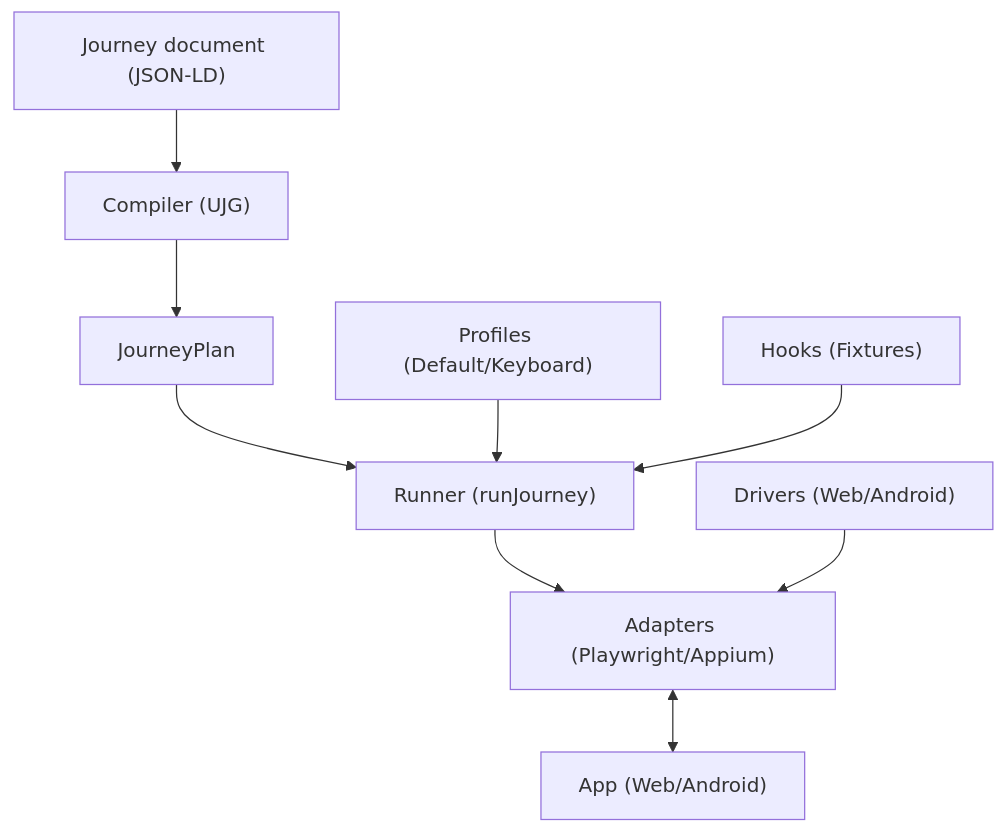
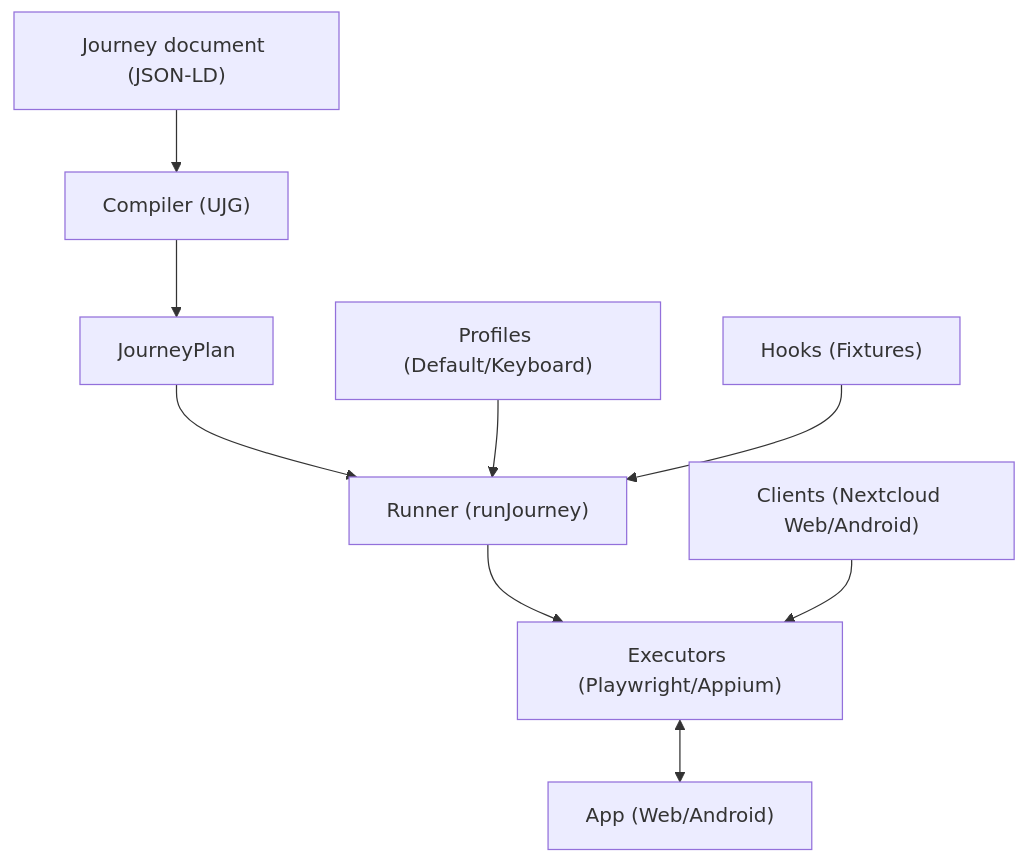
The third of 6 diagrams in README.md (openuji/journey-mesh), drawn with Mermaid before and after one commit. The commit also changed other lines of this file and 20 other files, not shown here.

Commit message:
refactor: architecture lint rules, docs, second-vendor proof

````diff
--- a/README.md
+++ b/README.md
@@ -70,10 +73,10 @@
 ```mermaid
 flowchart TB
   A["Journey document (JSON-LD)"] --> B["Compiler (UJG)"]
   B --> C["JourneyPlan"] --> D["Runner (runJourney)"]
-  D --> E["Adapters (Playwright/Appium)"]
+  D --> E["Executors (Playwright/Appium)"]
   E <--> F["App (Web/Android)"]
-  G["Drivers (Web/Android)"] --> E
+  G["Clients (Nextcloud Web/Android)"] --> E
   H["Profiles (Default/Keyboard)"] --> D
   I["Hooks (Fixtures)"] --> D
 ```
````
